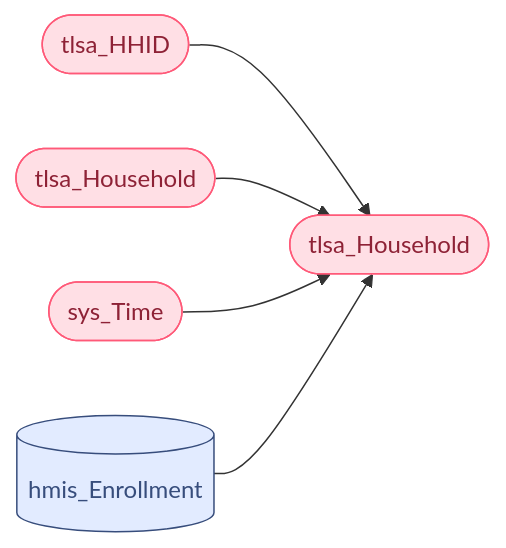
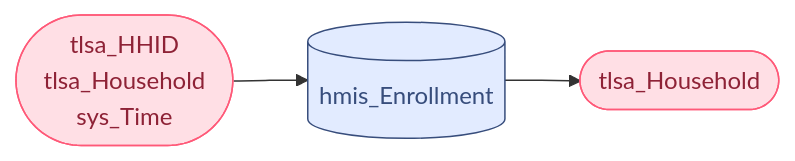
One commit to MollyMcEvilley/Matilda changed diagram 14 of 19 in docs/06 - LSAHousehold.md. Above: the diagram before and after it, drawn with Mermaid. The commit also changed other lines of this file and 4 other files, not shown here.

Commit message:
formatting and diagrams

````diff
--- a/docs/06 - LSAHousehold.md
+++ b/docs/06 - LSAHousehold.md
@@ -1103,17 +1103,17 @@
 ```mermaid
 flowchart LR
 
-	T1([tlsa_HHID]) & T2([tlsa_Household]) & T4([sys_Time]) & H1[(hmis_Enrollment)] -->T3([tlsa_Household])
+	T1([tlsa_HHID
+  tlsa_Household
+  sys_Time]) --> H1[(hmis_Enrollment)] -->T3([tlsa_Household])
 
 	T1:::Temp
-  T2:::Temp
   T3:::Temp
-	T4:::Temp
   H1:::HMIS
 
 	classDef Temp stroke:#FF5978, fill:#FFDFE5, color:#8E2236
 	classDef LSA stroke:#FBB35A, fill:#FFEFDB, color:#8F632D 
 	classDef HMIS stroke:#374D7C, fill:#E2EBFF, color:#374D7C
     	classDef Man stroke:#999999, fill:#EEEEEE, color:#000000
 	
 ```
````
